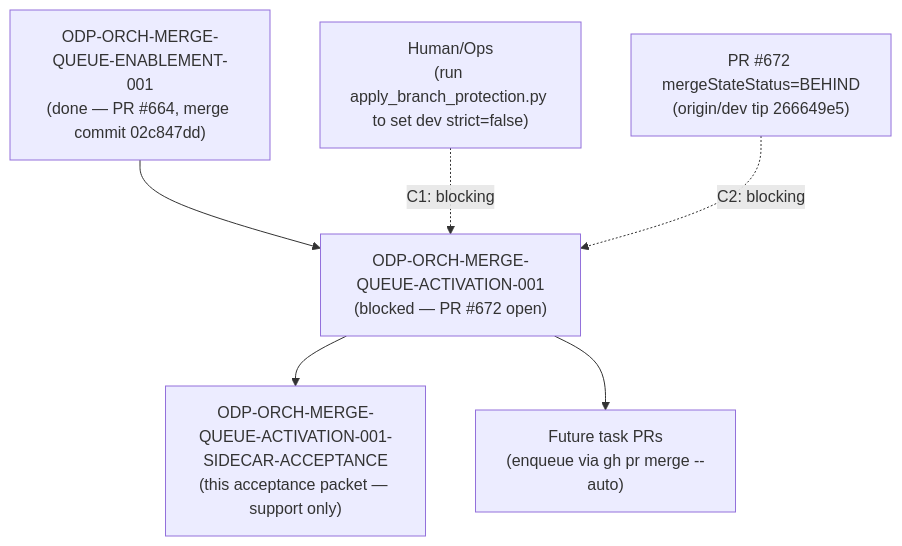
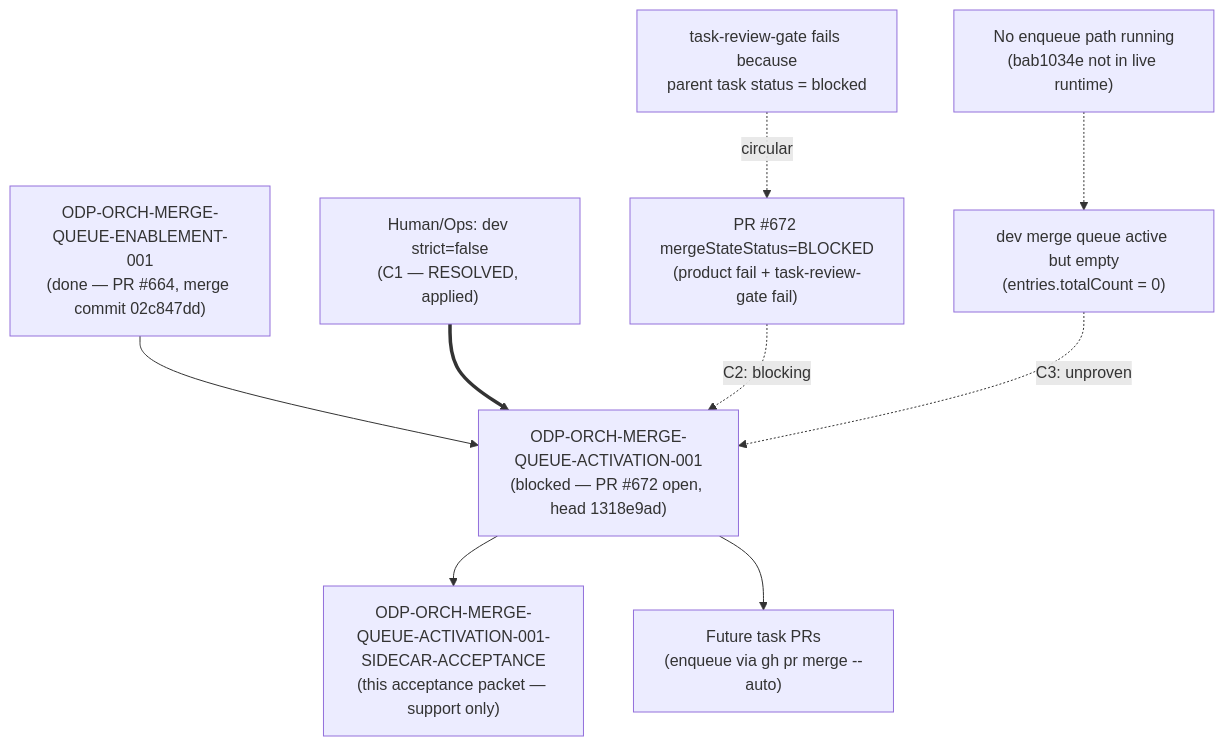
The diagram in support/sidecars/ODP-ORCH-MERGE-QUEUE-ACTIVATION-001/ODP-ORCH-MERGE-QUEUE-ACTIVATION-001-SIDECAR-ACCEPTANCE.md (alfloop-dev/odayplus), drawn with Mermaid before and after one commit. The commit also changed other lines of this file, not shown here.

````diff
--- a/support/sidecars/ODP-ORCH-MERGE-QUEUE-ACTIVATION-001/ODP-ORCH-MERGE-QUEUE-ACTIVATION-001-SIDECAR-ACCEPTANCE.md
+++ b/support/sidecars/ODP-ORCH-MERGE-QUEUE-ACTIVATION-001/ODP-ORCH-MERGE-QUEUE-ACTIVATION-001-SIDECAR-ACCEPTANCE.md
@@ -109,8 +138,11 @@
 ```mermaid
 graph TD
-    A["ODP-ORCH-MERGE-QUEUE-ENABLEMENT-001<br/>(done — PR #664, merge commit 02c847dd)"] --> B["ODP-ORCH-MERGE-QUEUE-ACTIVATION-001<br/>(blocked — PR #672 open)"]
-    C["Human/Ops<br/>(run apply_branch_protection.py to set dev strict=false)"] -.->|"C1: blocking"| B
-    F["PR #672 mergeStateStatus=BEHIND<br/>(origin/dev tip 266649e5)"] -.->|"C2: blocking"| B
+    A["ODP-ORCH-MERGE-QUEUE-ENABLEMENT-001<br/>(done — PR #664, merge commit 02c847dd)"] --> B["ODP-ORCH-MERGE-QUEUE-ACTIVATION-001<br/>(blocked — PR #672 open, head 1318e9ad)"]
+    C["Human/Ops: dev strict=false<br/>(C1 — RESOLVED, applied)"] ==> B
+    F["PR #672 mergeStateStatus=BLOCKED<br/>(product fail + task-review-gate fail)"] -.->|"C2: blocking"| B
+    G["task-review-gate fails because<br/>parent task status = blocked"] -.->|"circular"| F
+    H["dev merge queue active but empty<br/>(entries.totalCount = 0)"] -.->|"C3: unproven"| B
+    I["No enqueue path running<br/>(bab1034e not in live runtime)"] -.-> H
     B --> D["ODP-ORCH-MERGE-QUEUE-ACTIVATION-001-SIDECAR-ACCEPTANCE<br/>(this acceptance packet — support only)"]
     B --> E["Future task PRs<br/>(enqueue via gh pr merge --auto)"]
 ```
````
